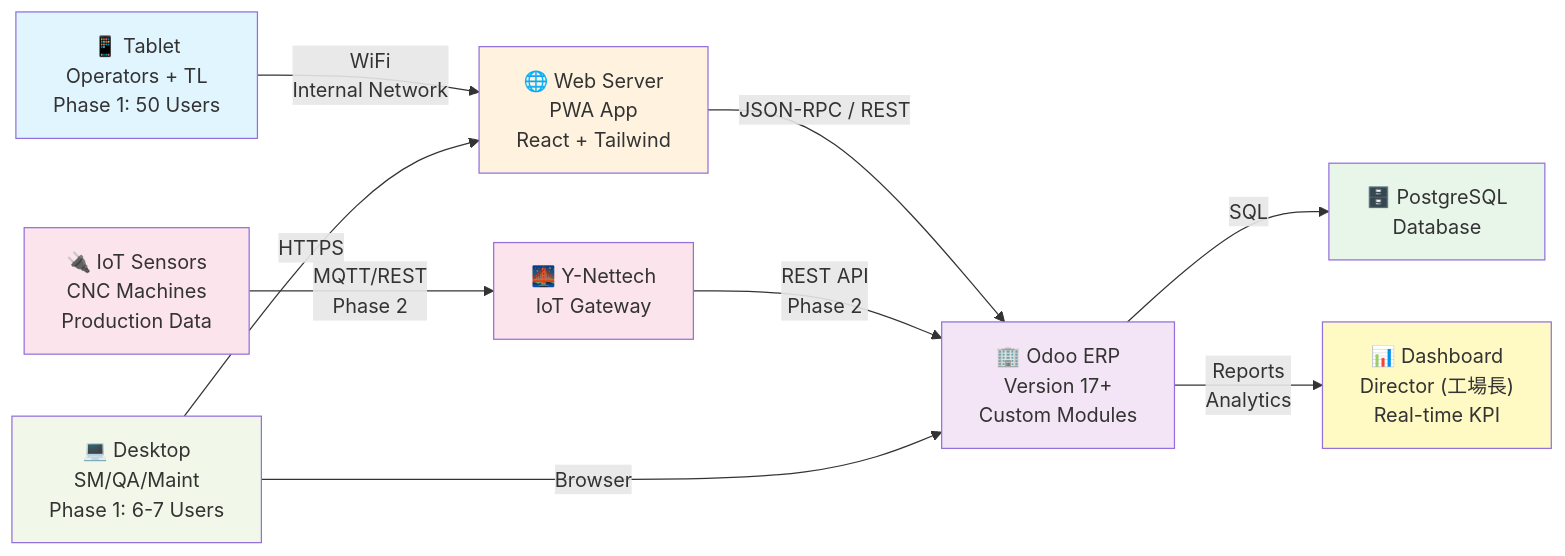
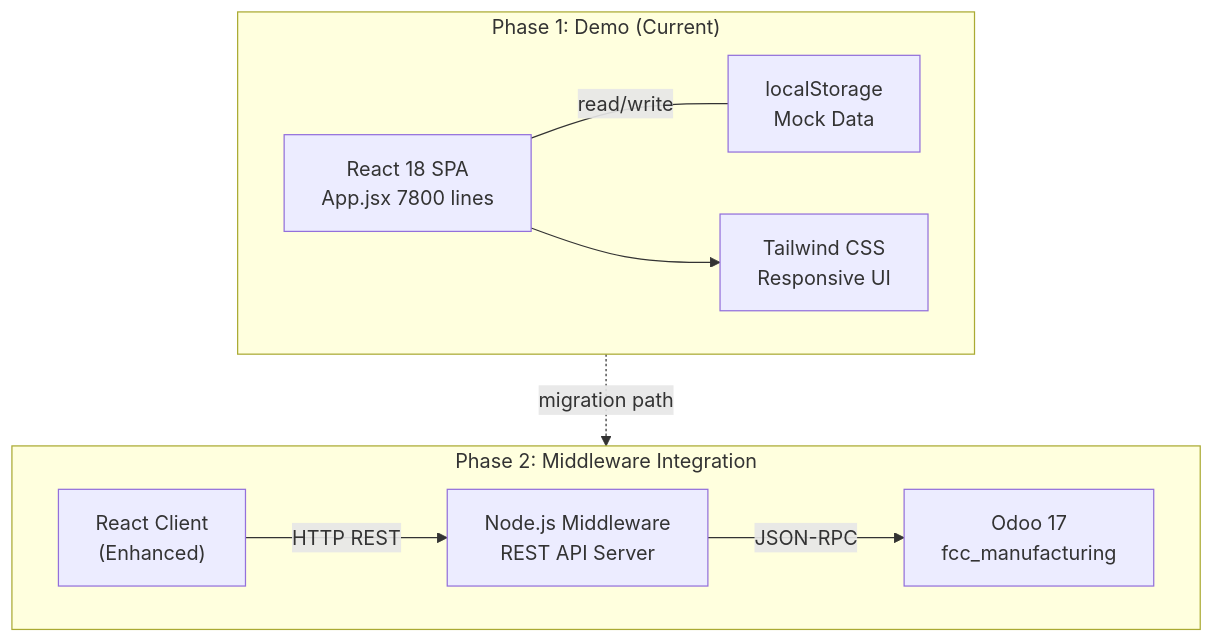
Before and after one commit to nnltoan/y-nettech-demo-colab: the first of 3 diagrams in docs/Basic_Design_Production_Report_System.md, drawn with Mermaid. The commit also changed other lines of this file and 5 other files, not shown here.

````diff
--- a/docs/Basic_Design_Production_Report_System.md
+++ b/docs/Basic_Design_Production_Report_System.md
@@ -28,23 +35,20 @@
 ```mermaid
-graph LR
-    A["📱 Tablet<br/>Operators + TL<br/>Phase 1: 50 Users"] -->|WiFi<br/>Internal Network| B["🌐 Web Server<br/>PWA App<br/>React + Tailwind"]
-    B -->|JSON-RPC / REST| C["🏢 Odoo ERP<br/>Version 17+<br/>Custom Modules"]
-    C -->|SQL| D["🗄️ PostgreSQL<br/>Database"]
-
-    E["🔌 IoT Sensors<br/>CNC Machines<br/>Production Data"] -->|MQTT/REST<br/>Phase 2| F["🌉 Y-Nettech<br/>IoT Gateway"]
-    F -->|REST API<br/>Phase 2| C
-
-    G["💻 Desktop<br/>SM/QA/Maint<br/>Phase 1: 6-7 Users"] -->|HTTPS| B
-    G -->|Browser| C
-
-    C -->|Reports<br/>Analytics| H["📊 Dashboard<br/>Director (工場長)<br/>Real-time KPI"]
-
-    style A fill:#e1f5ff
-    style B fill:#fff3e0
-    style C fill:#f3e5f5
-    style D fill:#e8f5e9
-    style E fill:#fce4ec
-    style F fill:#fce4ec
-    style G fill:#f1f8e9
-    style H fill:#fff9c4
+graph TB
+    subgraph Phase1["Phase 1: Demo (Current)"]
+        React["React 18 SPA<br/>App.jsx 7800 lines"]
+        LocalStorage["localStorage<br/>Mock Data"]
+        Tailwind["Tailwind CSS<br/>Responsive UI"]
+        React ---|read/write| LocalStorage
+        React --> Tailwind
+    end
+    
+    subgraph Phase2["Phase 2: Middleware Integration"]
+        Middleware["Node.js Middleware<br/>REST API Server"]
+        Odoo["Odoo 17<br/>fcc_manufacturing"]
+        React2["React Client<br/>(Enhanced)"]
+        React2 -->|HTTP REST| Middleware
+        Middleware -->|JSON-RPC| Odoo
+    end
+    
+    Phase1 -.->|migration path| Phase2
 ```
````
